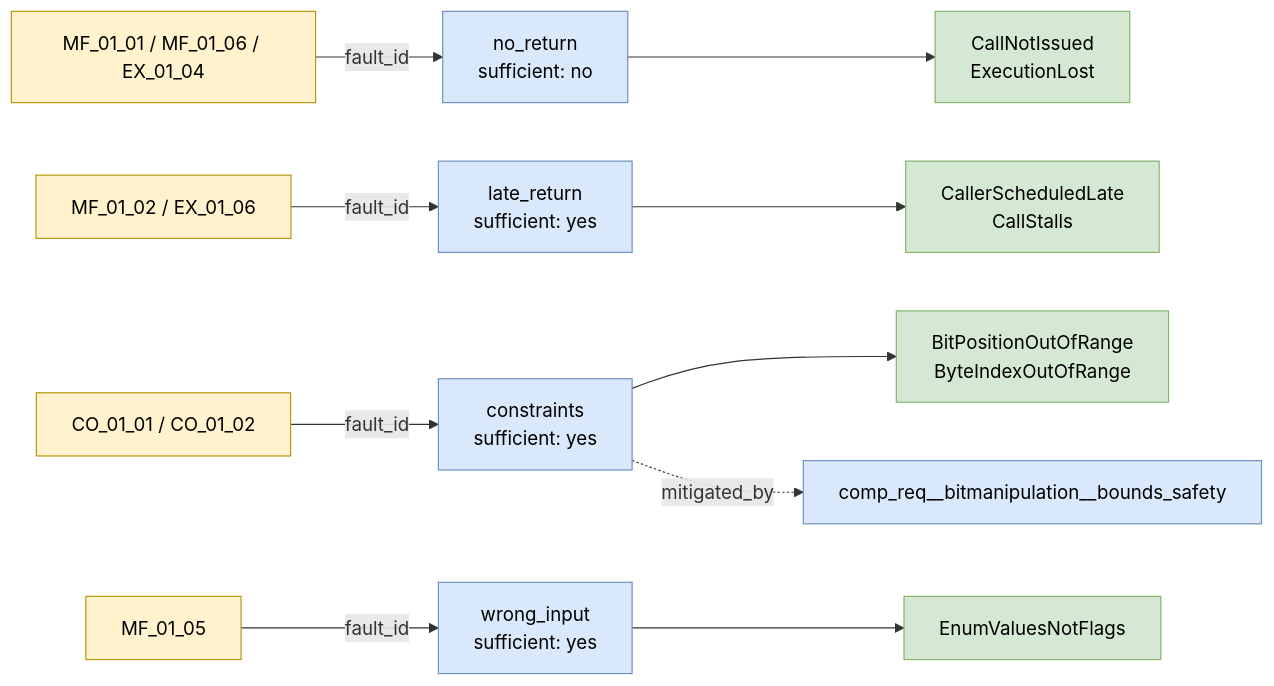
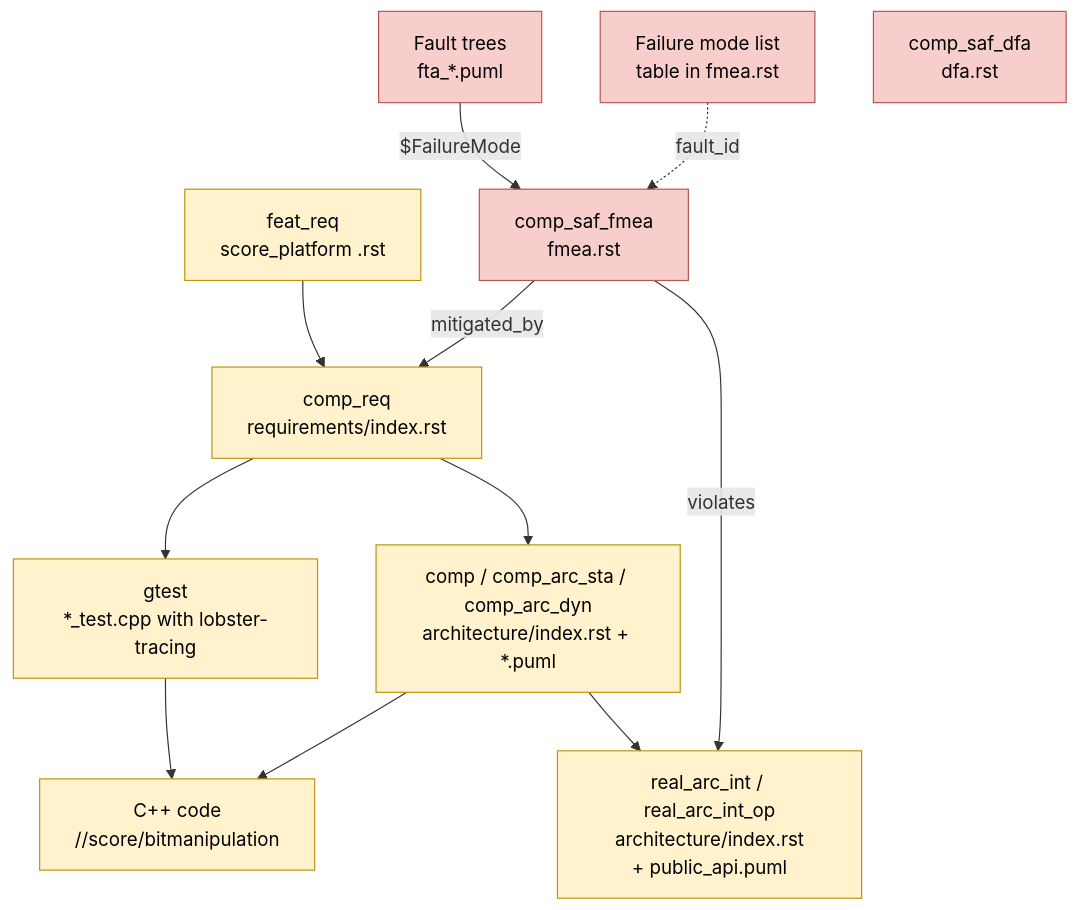
Before and after one commit to eclipse-score/baselibs: the second of 2 diagrams in dependable_element/README.md, drawn with Mermaid. The commit also changed other lines of this file, not shown here.

````diff
--- a/dependable_element/README.md
+++ b/dependable_element/README.md
@@ -206,12 +77,17 @@
 ```mermaid
-flowchart LR
-  classDef l fill:#FFF2CC,stroke:#B7950B,color:#000000
-  classDef f fill:#DAE8FC,stroke:#6C8EBF,color:#000000
-  classDef r fill:#D5E8D4,stroke:#82B366,color:#000000
+flowchart TD
+  classDef src fill:#FFF2CC,stroke:#B7950B,color:#000000
+  classDef saf fill:#F8CECC,stroke:#B85450,color:#000000
 
-  A1["MF_01_01 / MF_01_06 / EX_01_04"]:::l -- fault_id --> F1["no_return<br/>sufficient: no"]:::f --> R1["CallNotIssued<br/>ExecutionLost"]:::r
-  A2["MF_01_02 / EX_01_06"]:::l -- fault_id --> F2["late_return<br/>sufficient: yes"]:::f --> R2["CallerScheduledLate<br/>CallStalls"]:::r
-  A3["CO_01_01 / CO_01_02"]:::l -- fault_id --> F3["constraints<br/>sufficient: yes"]:::f --> R3["BitPositionOutOfRange<br/>ByteIndexOutOfRange"]:::r
-  A4["MF_01_05"]:::l -- fault_id --> F4["wrong_input<br/>sufficient: yes"]:::f --> R4["EnumValuesNotFlags"]:::r
-  F3 -. mitigated_by .-> M["comp_req__bitmanipulation__bounds_safety"]:::f
+  FR["feat_req<br/>score_platform .rst"]:::src --> CR["comp_req<br/>requirements/index.rst"]:::src
+  CR --> ARC["comp / comp_arc_sta / comp_arc_dyn<br/>architecture/index.rst + *.puml"]:::src
+  ARC --> API["real_arc_int / real_arc_int_op<br/>architecture/index.rst<br/>+ public_api.puml"]:::src
+  ARC --> CODE["C++ code<br/>//score/bitmanipulation"]:::src
+  CR --> TEST["gtest<br/>*_test.cpp with lobster-tracing"]:::src
+  TEST --> CODE
+  FML["Failure mode list<br/>table in fmea.rst"]:::saf -. fault_id .-> FMEA
+  FMEA["comp_saf_fmea<br/>fmea.rst"]:::saf -- violates --> API
+  FMEA -- mitigated_by --> CR
+  FTA["Fault trees<br/>fta_*.puml"]:::saf -- "$FailureMode" --> FMEA
+  DFA["comp_saf_dfa<br/>dfa.rst"]:::saf
 ```
````
